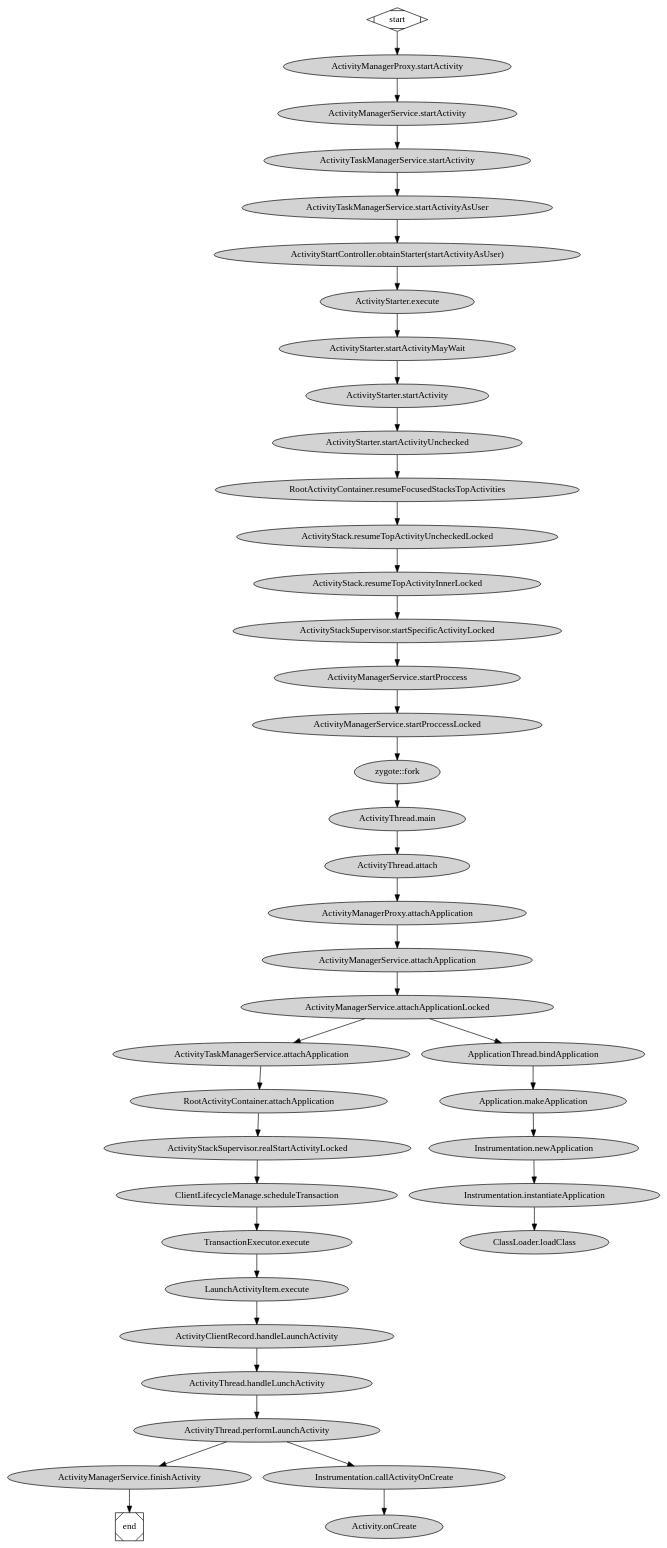
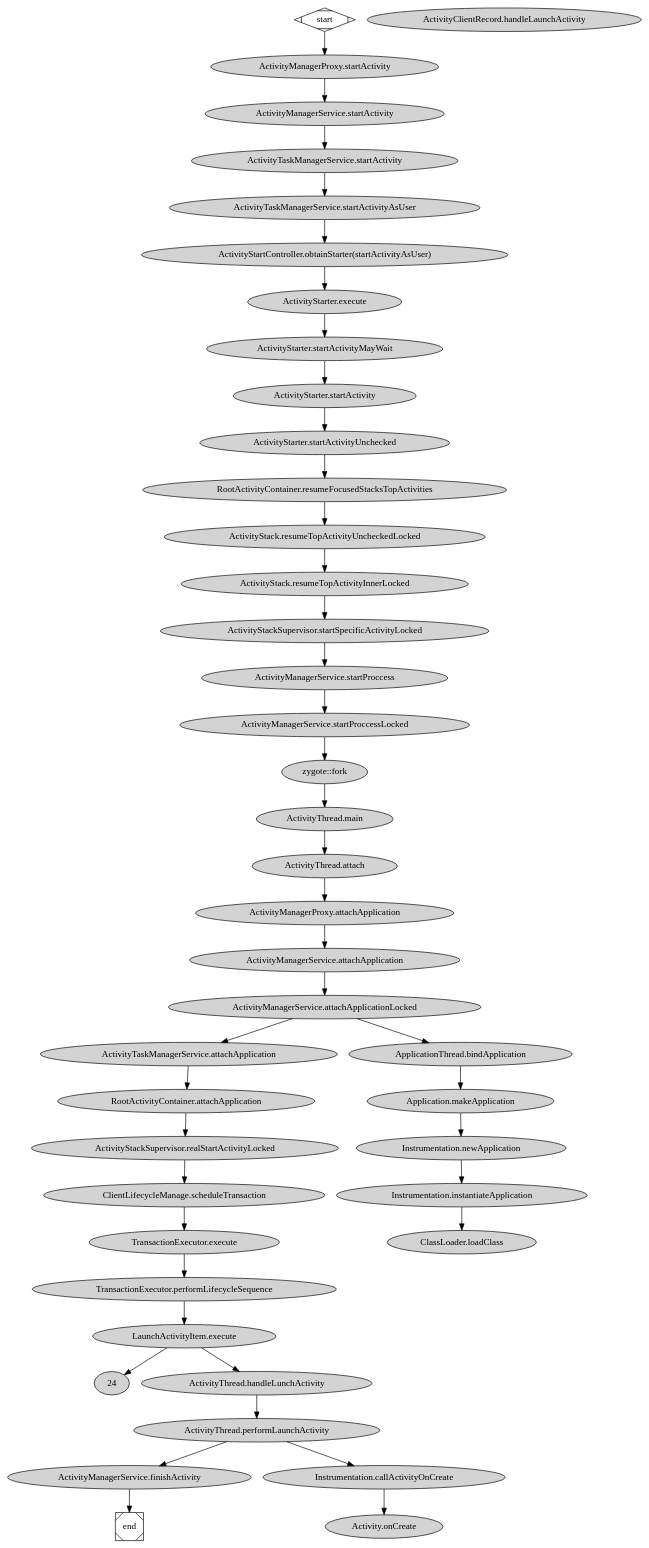
Before and after one commit to novelinux/android: the diagram in app/activity/activity_start.dot, drawn with Graphviz. The commit also changed 4 other files, not shown here.

```diff
--- a/app/activity/activity_start.dot
+++ b/app/activity/activity_start.dot
@@ -1,95 +1,96 @@
 digraph ActivityStart {
 
   subgraph Launcher {
     node [style=filled];
     color = blue;
     label = "Launcher";
 
     a1[label="ActivityManagerProxy.startActivity"]
   }
 
   subgraph system_server {
     node [style=filled];
     color = lightgrey;
     label = "system_server";
 
     b1[label="ActivityManagerService.startActivity"]
     b2[label="ActivityTaskManagerService.startActivity"]
     b3[label="ActivityTaskManagerService.startActivityAsUser"]
     b4[label="ActivityStartController.obtainStarter(startActivityAsUser)"]
     b5[label="ActivityStarter.execute"]
     b6[label="ActivityStarter.startActivityMayWait"]
     b7[label="ActivityStarter.startActivity"]
     b8[label="ActivityStarter.startActivityUnchecked"]
     b9[label="RootActivityContainer.resumeFocusedStacksTopActivities"]
     b10[label="ActivityStack.resumeTopActivityUncheckedLocked"]
     b11[label="ActivityStack.resumeTopActivityInnerLocked"]
     b12[label="ActivityStackSupervisor.startSpecificActivityLocked"]
     b13[label="ActivityManagerService.startProccess"]
     b14[label="ActivityManagerService.startProccessLocked"]
 
     b1->b2->b3->b4->b5->b6->b7->b8->b9->b10->b11->b12->b13->b14;
 
     b15[label="ActivityManagerService.attachApplication"]
     b16[label="ActivityManagerService.attachApplicationLocked"]
 
     b15->b16;
 
     b17[label="ActivityTaskManagerService.attachApplication"]
     b18[label="RootActivityContainer.attachApplication"]
     b19[label="ActivityStackSupervisor.realStartActivityLocked"]
     b20[label="ClientLifecycleManage.scheduleTransaction"]
     b21[label="TransactionExecutor.execute"]
-    b22[label="LaunchActivityItem.execute"]
-    b23[label="ActivityClientRecord.handleLaunchActivity"]
+    b22[label="TransactionExecutor.performLifecycleSequence"]
+    b23[label="LaunchActivityItem.execute"]
+    b24[label="ActivityClientRecord.handleLaunchActivity"]
 
-    b16->b17->b18->b19->b20->b21->b22->b23;
+    b16->b17->b18->b19->b20->b21->b22->b23->24;
 
-    b24[label="ActivityManagerService.finishActivity"]
+    b25[label="ActivityManagerService.finishActivity"]
   }
 
   subgraph zygote {
     node [style=filled];
     color = lightgrey;
     label = "zygote";
 
     c1[label="zygote::fork"]
   }
 
   subgraph AppMainThread {
     node [style=filled];
     color = lightgrey;
 
     d1[label="ActivityThread.main"]
     d2[label="ActivityThread.attach"]
     d3[label="ActivityManagerProxy.attachApplication"]
 
     d4[label="ApplicationThread.bindApplication"]
     d5[label="Application.makeApplication"]
     d6[label="Instrumentation.newApplication"]
     d7[label="Instrumentation.instantiateApplication"]
     d8[label="ClassLoader.loadClass"]
 
     d9[label="ActivityThread.handleLunchActivity"]
     d10[label="ActivityThread.performLaunchActivity"]
     d11[label="Instrumentation.callActivityOnCreate"]
     d12[label="Activity.onCreate"]
 
     d1 -> d2 -> d3;
     d4 -> d5 -> d6 -> d7 -> d8;
     d9 -> d10 -> d11 -> d12;
   }
 
   start -> a1;
   a1 -> b1;
   b14 -> c1;
   c1 -> d1;
   d3 -> b15;
   b16 -> d4;
   b23 -> d9;
-  d10 -> b24;
-  b24 -> end;
+  d10 -> b25;
+  b25 -> end;
 
   start [shape=Mdiamond];
   end [shape=Msquare];
 }
```
